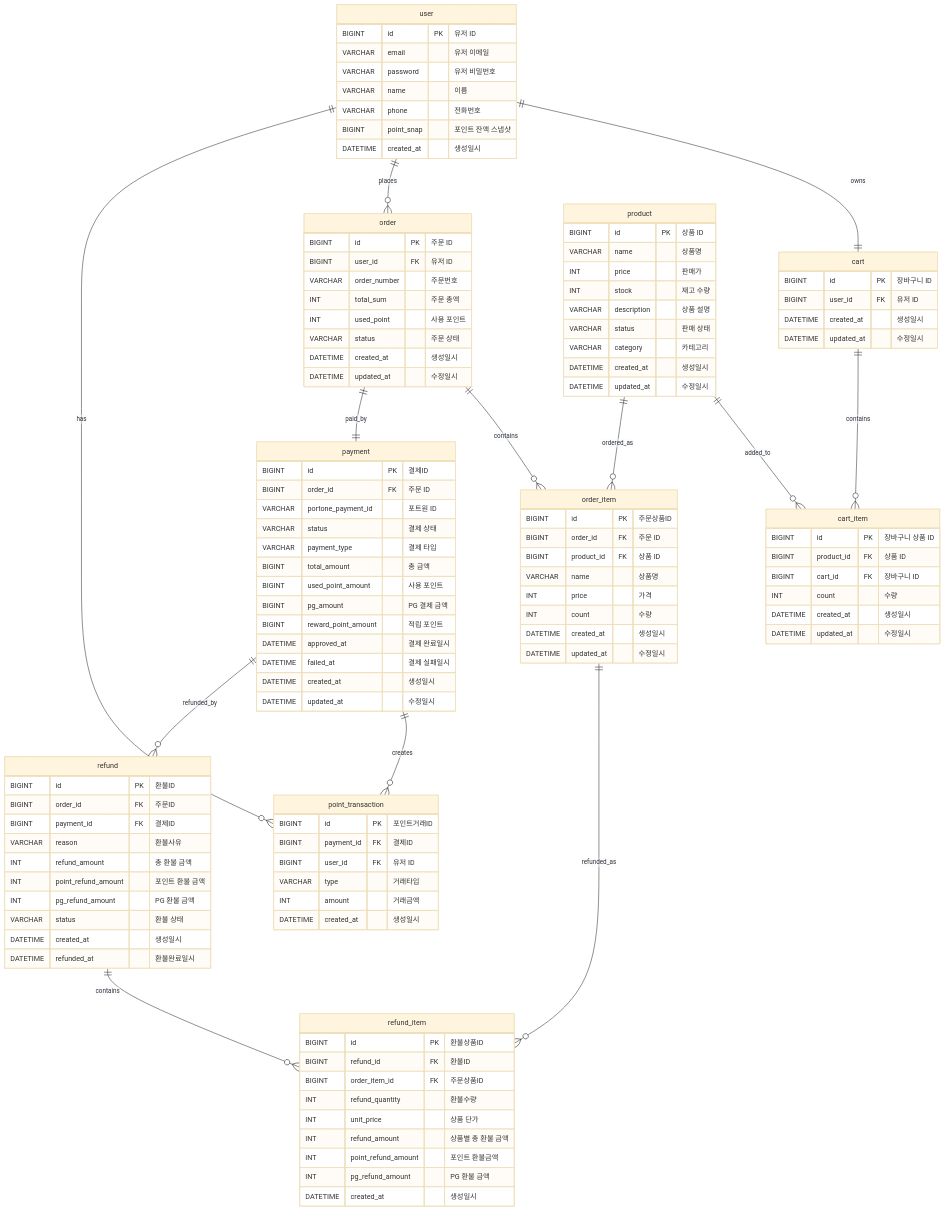
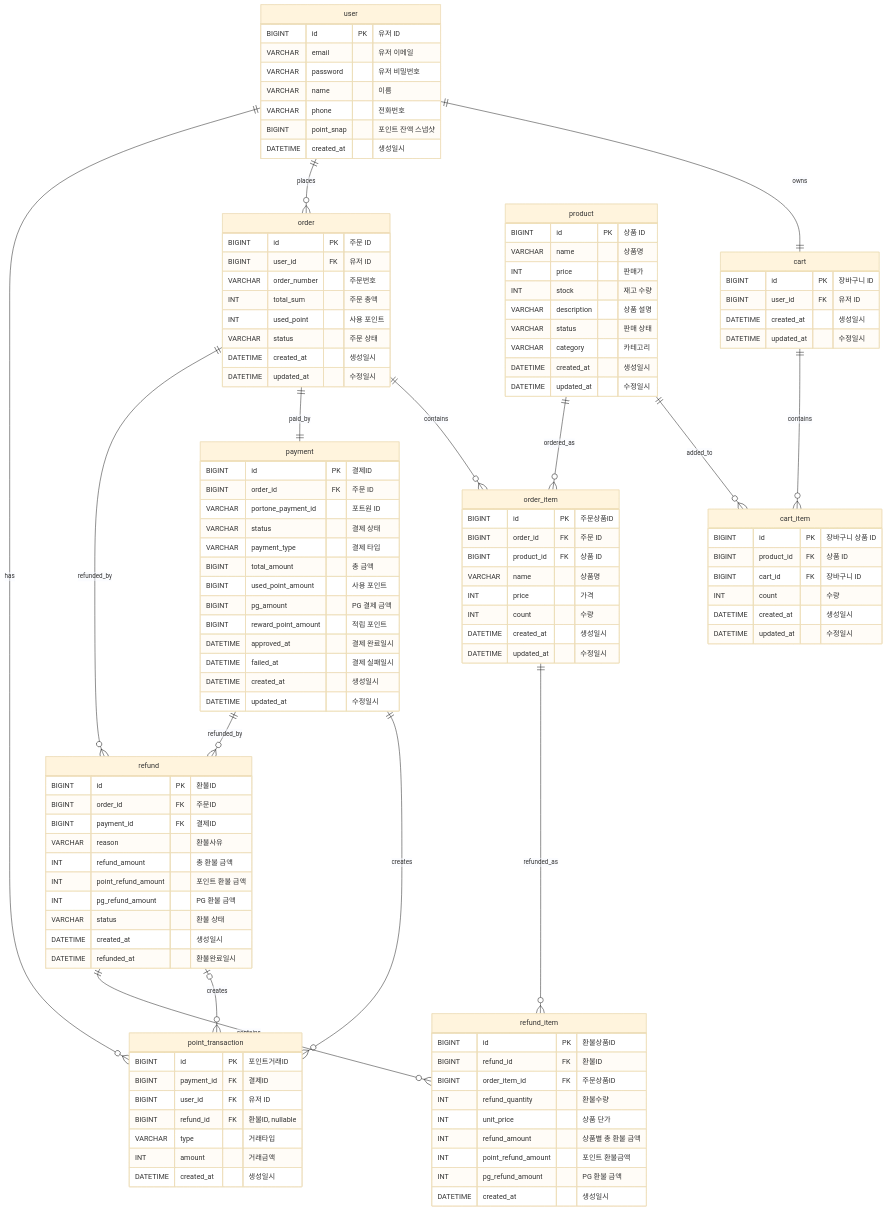
The diagram in docs/ERD.md (vanilalatte03/ec2-payment-system), drawn with Mermaid (base theme) before and after one commit. The commit also changed other lines of this file and 4 other files, not shown here.

First line of the commit message:
docs: 환불 API 및 ERD 정합성 보완

```diff
--- a/docs/ERD.md
+++ b/docs/ERD.md
@@ -16,9 +16,11 @@
     order ||--o{ order_item : contains
     product ||--o{ order_item : ordered_as
     order ||--|| payment : paid_by
+    order ||--o{ refund : refunded_by
 
     payment ||--o{ point_transaction : creates
     payment ||--o{ refund : refunded_by
+    refund o|--o{ point_transaction : creates
     refund ||--o{ refund_item : contains
     order_item ||--o{ refund_item : refunded_as
 
@@ -102,6 +104,7 @@
         BIGINT id PK "포인트거래ID"
         BIGINT payment_id FK "결제ID"
         BIGINT user_id FK "유저 ID"
+        BIGINT refund_id FK "환불ID, nullable"
         VARCHAR type "거래타입"
         INT amount "거래금액"
         DATETIME created_at "생성일시"
```
